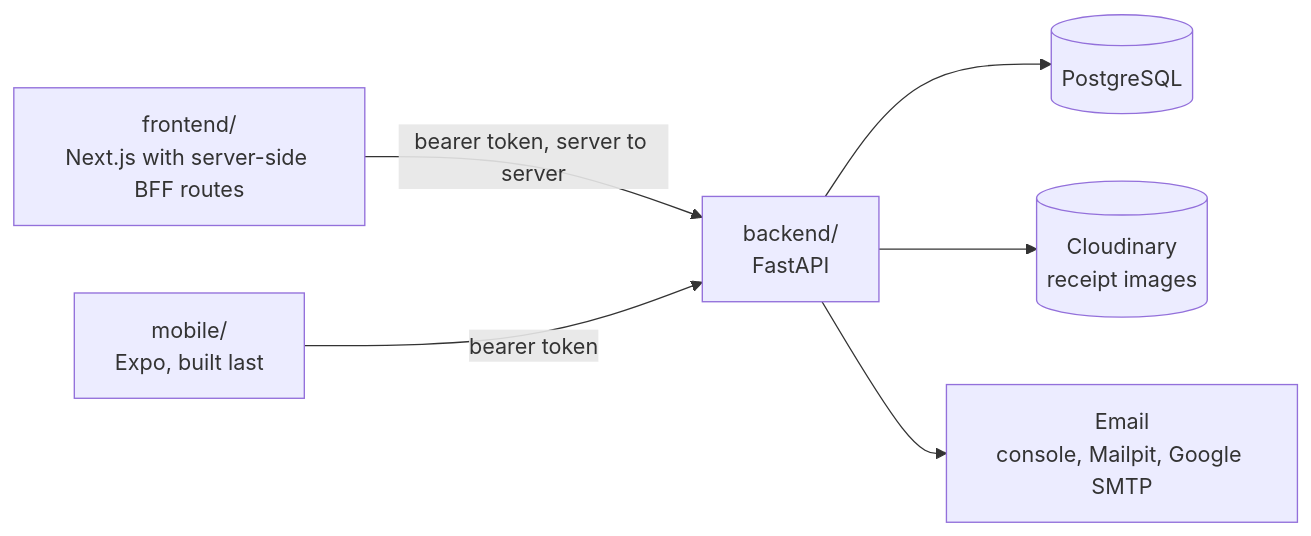
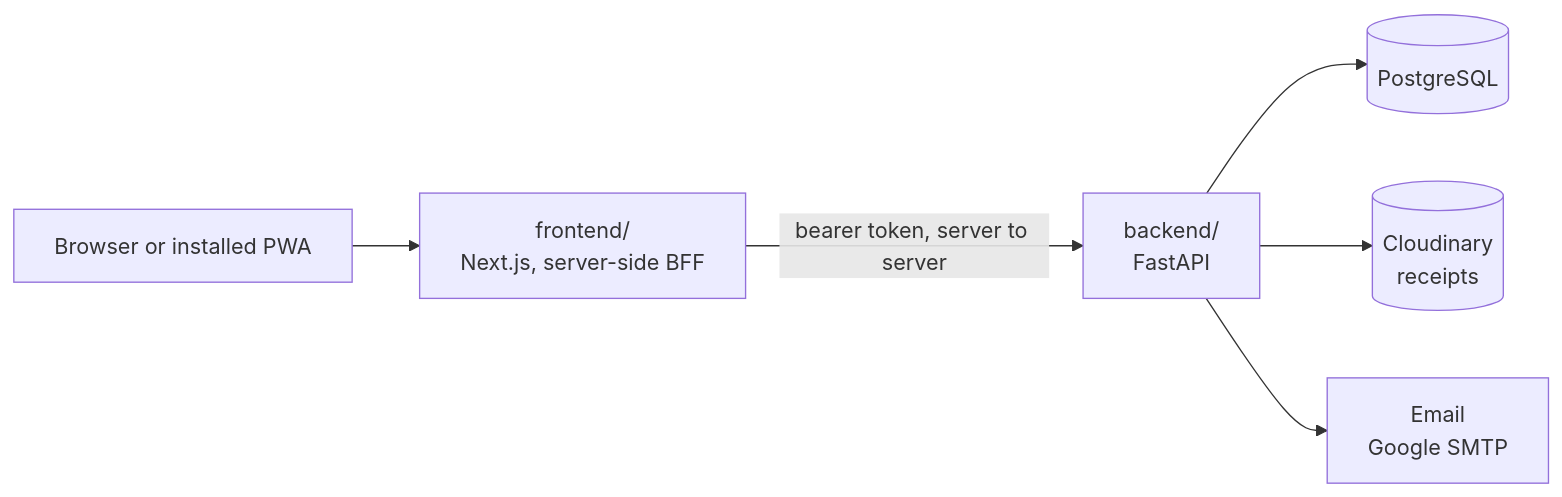
The first of 2 diagrams in docs/architecture.md (Wahajk-code/daftar), drawn with Mermaid before and after one commit. The commit also changed other lines of this file and 37 other files, not shown here.

Commit message:
updated: submission pass: PWA-only scope, shorter docs, ERD, process flow, security notes, transcripts with token usage, security headers, one-screen login

````diff
--- a/docs/architecture.md
+++ b/docs/architecture.md
@@ -8,8 +6,8 @@
 ```mermaid
 flowchart LR
-    Web[frontend/<br/>Next.js with server-side BFF routes] -->|bearer token, server to server| API[backend/<br/>FastAPI]
-    Mob[mobile/<br/>Expo, built last] -->|bearer token| API
-    API --> DB[(PostgreSQL)]
-    API --> Files[(Cloudinary<br/>receipt images)]
-    API --> Mail[Email<br/>console, Mailpit, Google SMTP]
+    B[Browser or installed PWA] --> W[frontend/<br/>Next.js, server-side BFF]
+    W -->|bearer token, server to server| A[backend/<br/>FastAPI]
+    A --> D[(PostgreSQL)]
+    A --> C[(Cloudinary<br/>receipts)]
+    A --> M[Email<br/>Google SMTP]
 ```
````
